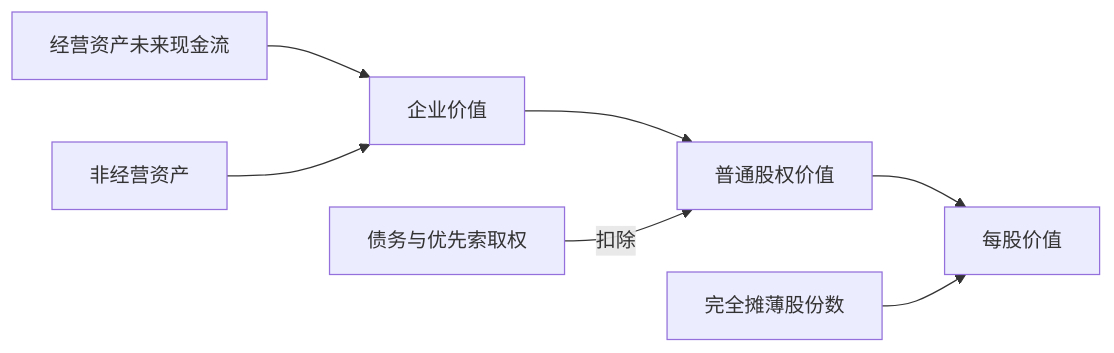
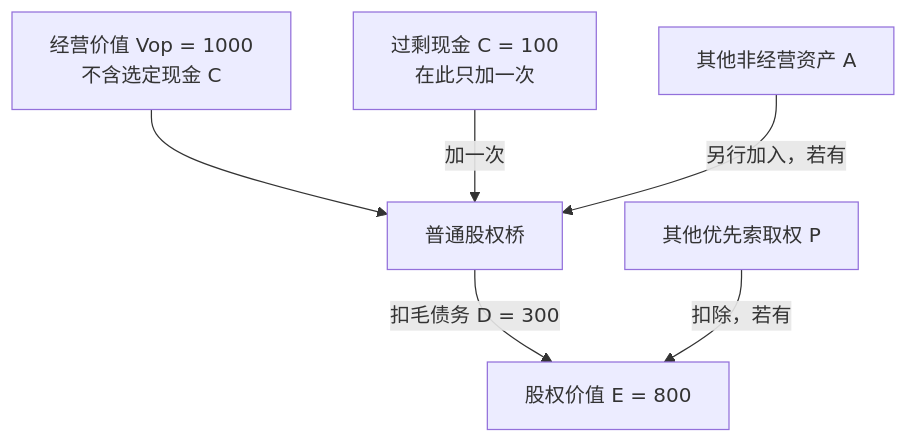
The diagram in 社会科学/30-金融市场与风险/03-股票所有权现金流与估值.md (EunsonZ/WWL), drawn with Mermaid before and after one commit. The commit also changed other lines of this file and 123 other files, not shown here.

````diff
--- a/社会科学/30-金融市场与风险/03-股票所有权现金流与估值.md
+++ b/社会科学/30-金融市场与风险/03-股票所有权现金流与估值.md
@@ -37,9 +40,8 @@
 ```mermaid
-flowchart LR
-  O[经营资产未来现金流] --> EV[企业价值]
-  N[非经营资产] --> EV
-  EV --> EQ[普通股权价值]
-  D[债务与优先索取权] -->|扣除| EQ
-  EQ --> PS[每股价值]
-  SH[完全摊薄股份数] --> PS
+flowchart TB
+  O[经营价值 Vop = 1000<br/>不含选定现金 C] --> B[普通股权桥]
+  C[过剩现金 C = 100<br/>在此只加一次] -->|加一次| B
+  B -->|扣毛债务 D = 300| E[股权价值 E = 800]
+  A[其他非经营资产 A] -->|另行加入，若有| B
+  P[其他优先索取权 P] -->|扣除，若有| E
 ```
````
